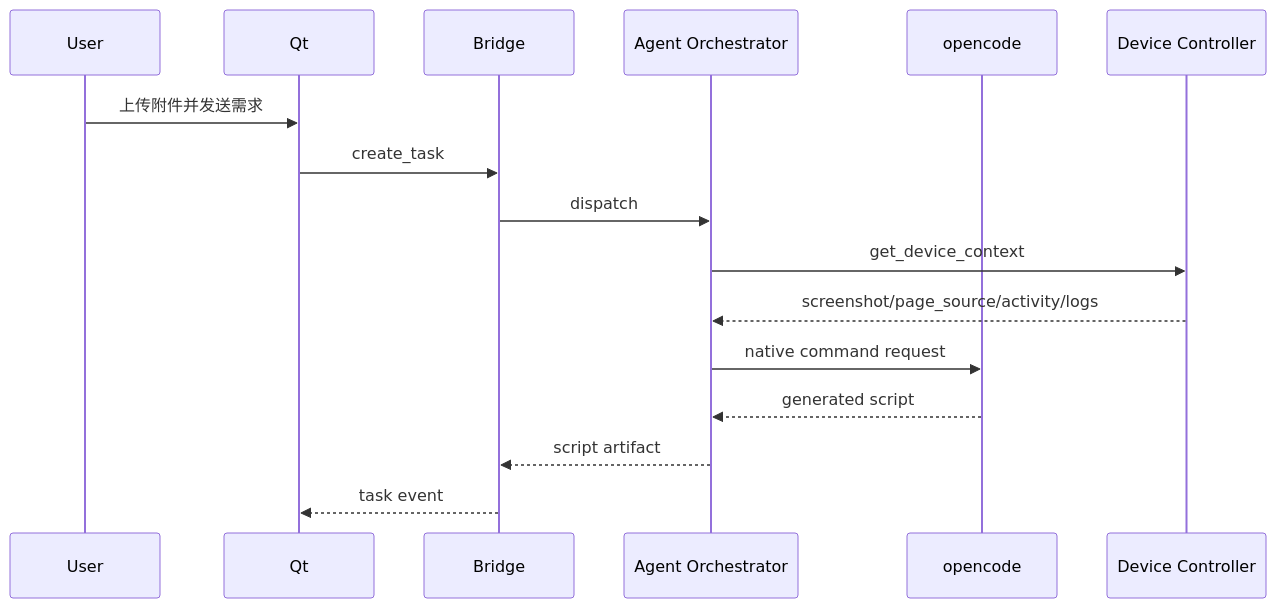
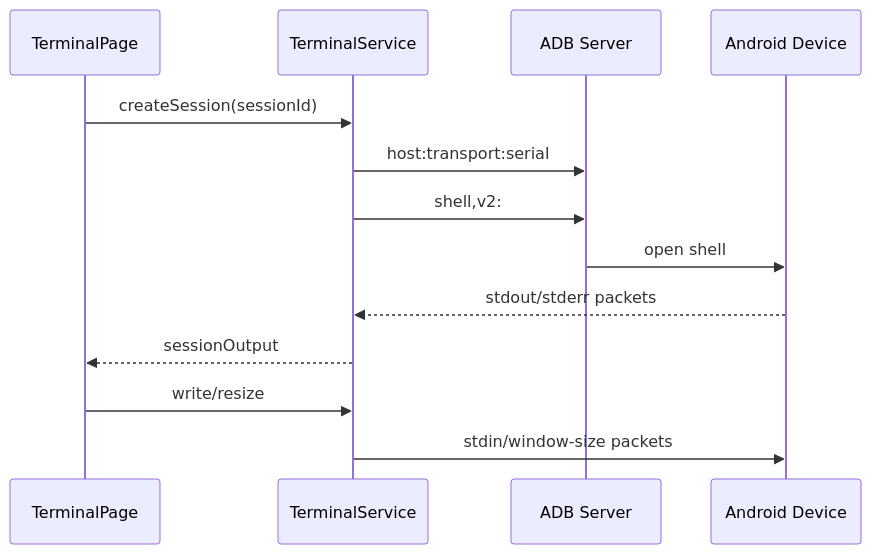
The third of 4 diagrams in docs/ARCHITECTURE.md (Zedex666/AI_Mobile_Test_Studio_Codex), drawn with Mermaid before and after one commit. The commit also changed other lines of this file and 46 other files, not shown here.

````diff
--- a/docs/ARCHITECTURE.md
+++ b/docs/ARCHITECTURE.md
@@ -188,19 +161,15 @@
 ```mermaid
 sequenceDiagram
-    participant U as User
-    participant Q as Qt
-    participant B as Bridge
-    participant A as Agent Orchestrator
-    participant O as opencode
-    participant D as Device Controller
-
-    U->>Q: 上传附件并发送需求
-    Q->>B: create_task
-    B->>A: dispatch
-    A->>D: get_device_context
-    D-->>A: screenshot/page_source/activity/logs
-    A->>O: native command request
-    O-->>A: generated script
-    A-->>B: script artifact
-    B-->>Q: task event
+    participant UI as TerminalPage
+    participant TS as TerminalService
+    participant AS as ADB Server
+    participant D as Android Device
+    UI->>TS: createSession(sessionId)
+    TS->>AS: host:transport:serial
+    TS->>AS: shell,v2:
+    AS->>D: open shell
+    D-->>TS: stdout/stderr packets
+    TS-->>UI: sessionOutput
+    UI->>TS: write/resize
+    TS->>D: stdin/window-size packets
 ```
````
